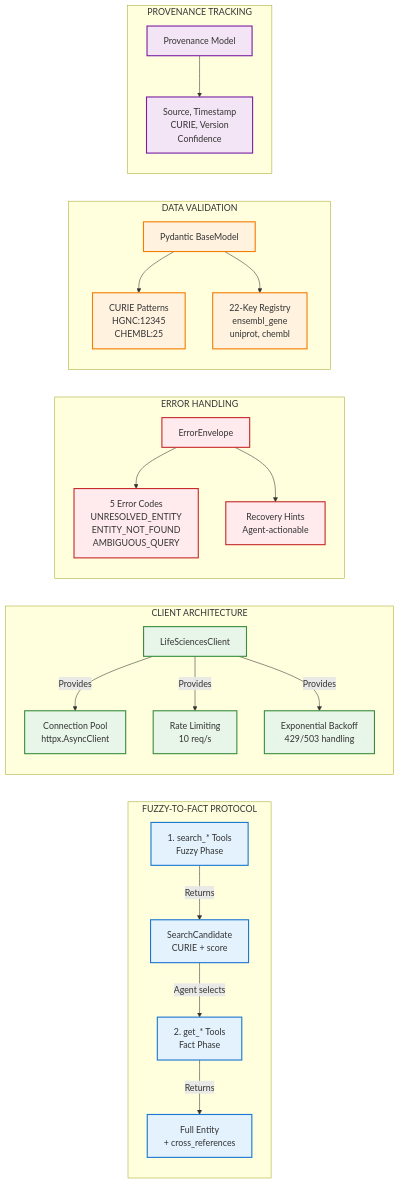
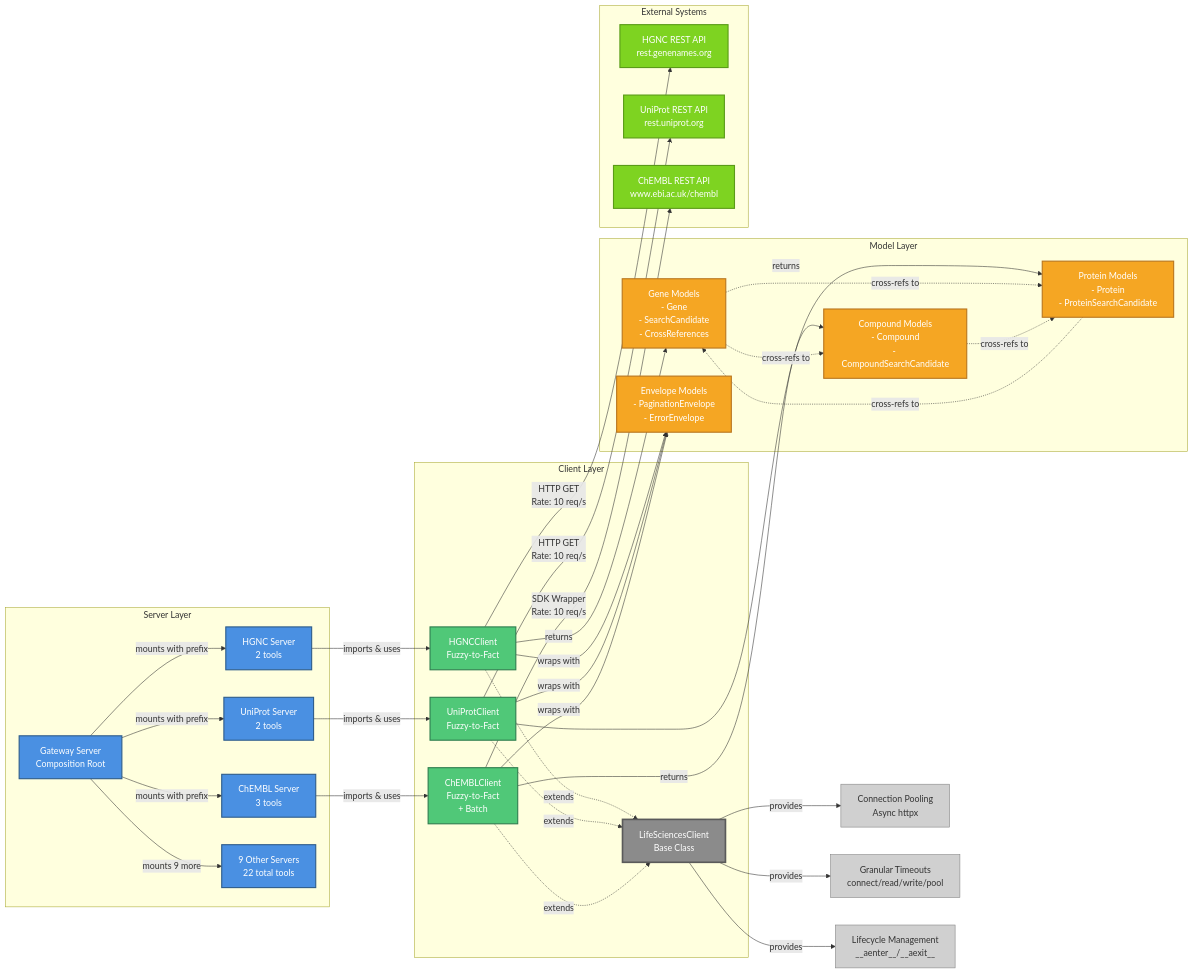
The second of 7 diagrams in architecture/diagrams/02_architecture_diagrams.md (donbr/lifesciences-research), drawn with Mermaid before and after one commit. The commit also changed other lines of this file and 11 other files, not shown here.

First line of the commit message:
Remove experimental aggregator and update architecture docs

````diff
--- a/architecture/diagrams/02_architecture_diagrams.md
+++ b/architecture/diagrams/02_architecture_diagrams.md
@@ -109,41 +229,84 @@
 ```mermaid
 graph LR
-    %% Color Palette
-    classDef protocol fill:#E3F2FD,stroke:#1976D2,stroke-width:2px
-    classDef client fill:#E8F5E9,stroke:#388E3C,stroke-width:2px
-    classDef error fill:#FFEBEE,stroke:#C62828,stroke-width:2px
-    classDef validation fill:#FFF3E0,stroke:#F57C00,stroke-width:2px
-    classDef provenance fill:#F3E5F5,stroke:#7B1FA2,stroke-width:2px
-
-    subgraph Protocol["FUZZY-TO-FACT PROTOCOL"]
-        Search[1. search_* Tools<br/>Fuzzy Phase]:::protocol
-        Get[2. get_* Tools<br/>Fact Phase]:::protocol
-        Search -->|Returns| SC[SearchCandidate<br/>CURIE + score]:::protocol
-        SC -->|Agent selects| Get
-        Get -->|Returns| Entity[Full Entity<br/>+ cross_references]:::protocol
+    subgraph "Server Layer"
+        Gateway[Gateway Server<br/>Composition Root]
+        HGNC_Server[HGNC Server<br/>2 tools]
+        UniProt_Server[UniProt Server<br/>2 tools]
+        ChEMBL_Server[ChEMBL Server<br/>3 tools]
+        Other_Servers[9 Other Servers<br/>22 total tools]
     end
 
-    subgraph Client["CLIENT ARCHITECTURE"]
-        Base[LifeSciencesClient]:::client
-        Base -->|Provides| Pool[Connection Pool<br/>httpx.AsyncClient]:::client
-        Base -->|Provides| RL[Rate Limiting<br/>10 req/s]:::client
-        Base -->|Provides| EB[Exponential Backoff<br/>429/503 handling]:::client
+    subgraph "Client Layer"
+        HGNC_Client[HGNCClient<br/>Fuzzy-to-Fact]
+        UniProt_Client[UniProtClient<br/>Fuzzy-to-Fact]
+        ChEMBL_Client[ChEMBLClient<br/>Fuzzy-to-Fact<br/>+ Batch]
+        Base[LifeSciencesClient<br/>Base Class]
     end
 
-    subgraph Error["ERROR HANDLING"]
-        ErrEnv[ErrorEnvelope]:::error
-        ErrEnv --> Codes["5 Error Codes<br/>UNRESOLVED_ENTITY<br/>ENTITY_NOT_FOUND<br/>AMBIGUOUS_QUERY"]:::error
-        ErrEnv --> Hints[Recovery Hints<br/>Agent-actionable]:::error
+    subgraph "Model Layer"
+        Gene_Models[Gene Models<br/>- Gene<br/>- SearchCandidate<br/>- CrossReferences]
+        Protein_Models[Protein Models<br/>- Protein<br/>- ProteinSearchCandidate]
+        Compound_Models[Compound Models<br/>- Compound<br/>- CompoundSearchCandidate]
+        Envelope_Models[Envelope Models<br/>- PaginationEnvelope<T><br/>- ErrorEnvelope]
     end
 
-    subgraph Validation["DATA VALIDATION"]
-        Pyd[Pydantic BaseModel]:::validation
-        Pyd --> CURIE[CURIE Patterns<br/>HGNC:12345<br/>CHEMBL:25]:::validation
-        Pyd --> XRefKeys[22-Key Registry<br/>ensembl_gene<br/>uniprot, chembl]:::validation
+    subgraph "External Systems"
+        HGNC_API[HGNC REST API<br/>rest.genenames.org]
+        UniProt_API[UniProt REST API<br/>rest.uniprot.org]
+        ChEMBL_API[ChEMBL REST API<br/>www.ebi.ac.uk/chembl]
     end
 
-    subgraph Prov["PROVENANCE TRACKING"]
-        ProvModel[Provenance Model]:::provenance
-        ProvModel --> Metadata[Source, Timestamp<br/>CURIE, Version<br/>Confidence]:::provenance
-    end
+    %% Gateway composition
+    Gateway -->|mounts with prefix| HGNC_Server
+    Gateway -->|mounts with prefix| UniProt_Server
+    Gateway -->|mounts with prefix| ChEMBL_Server
+    Gateway -->|mounts 9 more| Other_Servers
+
+    %% Server to Client dependencies
+    HGNC_Server -->|imports & uses| HGNC_Client
+    UniProt_Server -->|imports & uses| UniProt_Client
+    ChEMBL_Server -->|imports & uses| ChEMBL_Client
+
+    %% Client inheritance
+    HGNC_Client -.->|extends| Base
+    UniProt_Client -.->|extends| Base
+    ChEMBL_Client -.->|extends| Base
+
+    %% Client to Model dependencies (returns)
+    HGNC_Client -->|returns| Gene_Models
+    HGNC_Client -->|wraps with| Envelope_Models
+    UniProt_Client -->|returns| Protein_Models
+    UniProt_Client -->|wraps with| Envelope_Models
+    ChEMBL_Client -->|returns| Compound_Models
+    ChEMBL_Client -->|wraps with| Envelope_Models
+
+    %% Model cross-references
+    Gene_Models -.->|cross-refs to| Protein_Models
+    Gene_Models -.->|cross-refs to| Compound_Models
+    Protein_Models -.->|cross-refs to| Gene_Models
+    Compound_Models -.->|cross-refs to| Protein_Models
+
+    %% Client to External API
+    HGNC_Client -->|HTTP GET<br/>Rate: 10 req/s| HGNC_API
+    UniProt_Client -->|HTTP GET<br/>Rate: 10 req/s| UniProt_API
+    ChEMBL_Client -->|SDK Wrapper<br/>Rate: 10 req/s| ChEMBL_API
+
+    %% Shared functionality from Base
+    Base -->|provides| ConnectionPool[Connection Pooling<br/>Async httpx]
+    Base -->|provides| Timeout[Granular Timeouts<br/>connect/read/write/pool]
+    Base -->|provides| Lifecycle[Lifecycle Management<br/>__aenter__/__aexit__]
+
+    classDef serverStyle fill:#4A90E2,stroke:#2E5C8A,stroke-width:2px,color:#fff
+    classDef clientStyle fill:#50C878,stroke:#2E7D4E,stroke-width:2px,color:#fff
+    classDef modelStyle fill:#F5A623,stroke:#B8751E,stroke-width:2px,color:#fff
+    classDef baseStyle fill:#8B8B8B,stroke:#5A5A5A,stroke-width:3px,color:#fff
+    classDef externalStyle fill:#7ED321,stroke:#5A9B18,stroke-width:2px,color:#fff
+    classDef utilStyle fill:#D0D0D0,stroke:#808080,stroke-width:1px,color:#333
+
+    class Gateway,HGNC_Server,UniProt_Server,ChEMBL_Server,Other_Servers serverStyle
+    class HGNC_Client,UniProt_Client,ChEMBL_Client clientStyle
+    class Base baseStyle
+    class Gene_Models,Protein_Models,Compound_Models,Envelope_Models modelStyle
+    class HGNC_API,UniProt_API,ChEMBL_API externalStyle
+    class ConnectionPool,Timeout,Lifecycle utilStyle
 ```
````
